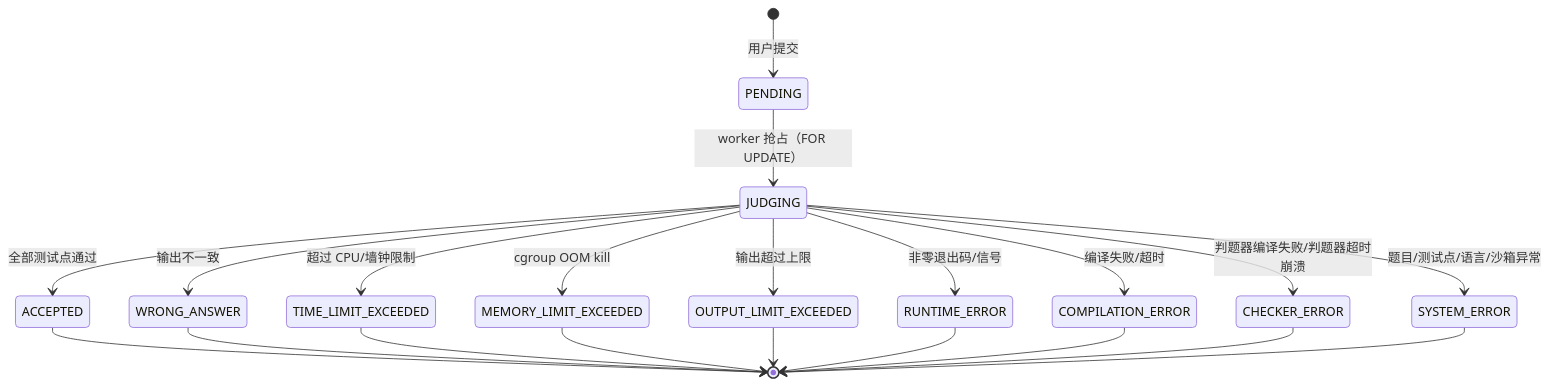
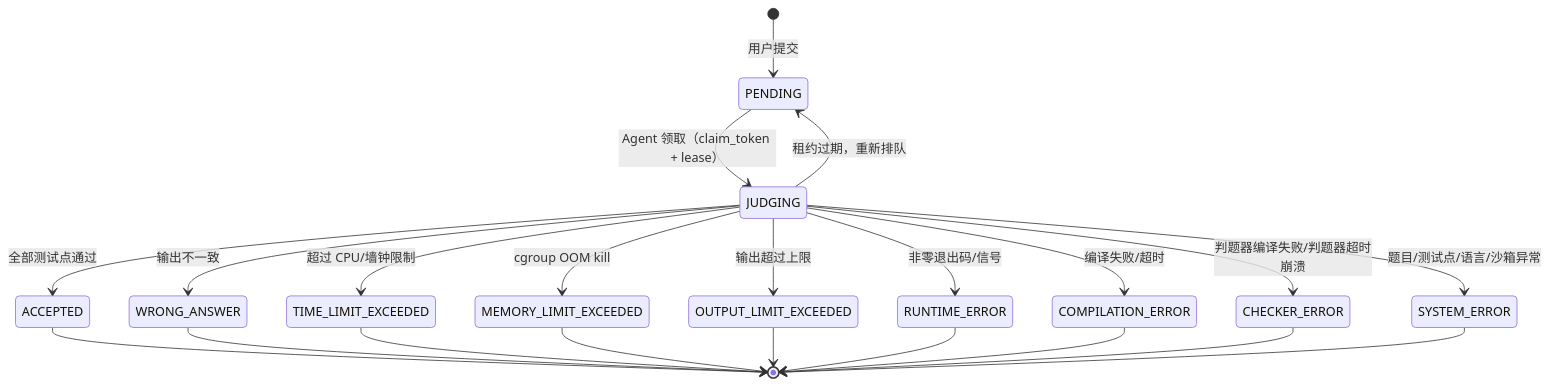
One commit to yucccxi/iOJ changed the diagram in docs/server/03-judge.md. Above: the diagram before and after it, drawn with Mermaid. The commit also changed other lines of this file and 139 other files, not shown here.

````diff
--- a/docs/server/03-judge.md
+++ b/docs/server/03-judge.md
@@ -5,23 +5,24 @@
 ```mermaid
 stateDiagram-v2
     [*] --> PENDING: 用户提交
-    PENDING --> JUDGING: worker 抢占（FOR UPDATE）
+    PENDING --> JUDGING: Agent 领取（claim_token + lease）
+    JUDGING --> PENDING: 租约过期，重新排队
     JUDGING --> ACCEPTED: 全部测试点通过
     JUDGING --> WRONG_ANSWER: 输出不一致
     JUDGING --> TIME_LIMIT_EXCEEDED: 超过 CPU/墙钟限制
     JUDGING --> MEMORY_LIMIT_EXCEEDED: cgroup OOM kill
     JUDGING --> OUTPUT_LIMIT_EXCEEDED: 输出超过上限
     JUDGING --> RUNTIME_ERROR: 非零退出码/信号
     JUDGING --> COMPILATION_ERROR: 编译失败/超时
     JUDGING --> CHECKER_ERROR: 判题器编译失败/判题器超时崩溃
     JUDGING --> SYSTEM_ERROR: 题目/测试点/语言/沙箱异常
     ACCEPTED --> [*]
     WRONG_ANSWER --> [*]
     TIME_LIMIT_EXCEEDED --> [*]
     MEMORY_LIMIT_EXCEEDED --> [*]
     OUTPUT_LIMIT_EXCEEDED --> [*]
     RUNTIME_ERROR --> [*]
     COMPILATION_ERROR --> [*]
     CHECKER_ERROR --> [*]
     SYSTEM_ERROR --> [*]
 ```
````
